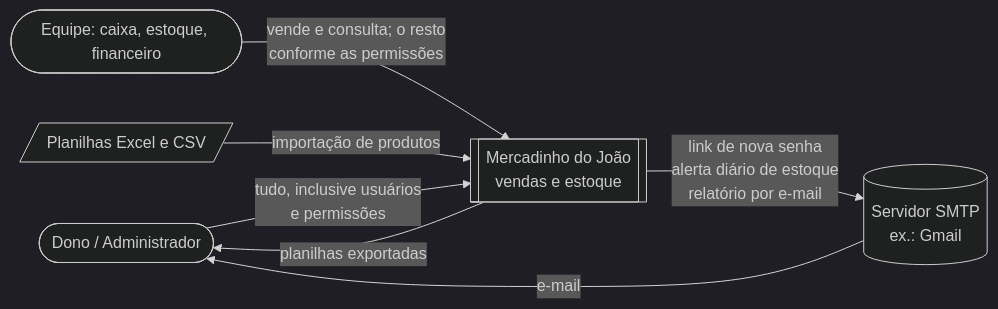
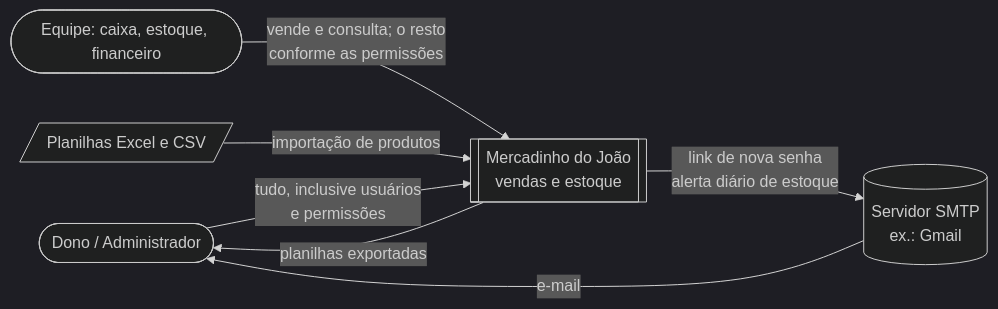
The first of 4 diagrams in docs/manter/arquitetura.md (Di20232/mercadinho-seu-joao-redesign), drawn with Mermaid (dark theme) before and after one commit. The commit also changed 22 other files, not shown here.

First line of the commit message:
feat!: remove o envio de relatório por e-mail

````diff
--- a/docs/manter/arquitetura.md
+++ b/docs/manter/arquitetura.md
@@ -18,15 +18,15 @@
 ```mermaid
 flowchart LR
     dono([Dono / Administrador])
     equipe([Equipe: caixa, estoque, financeiro])
     sistema[[Mercadinho do João<br/>vendas e estoque]]
     smtp[(Servidor SMTP<br/>ex.: Gmail)]
     planilha[/Planilhas Excel e CSV/]
 
     dono -- "tudo, inclusive usuários<br/>e permissões" --> sistema
     equipe -- "vende e consulta; o resto<br/>conforme as permissões" --> sistema
     planilha -- "importação de produtos" --> sistema
     sistema -- "planilhas exportadas" --> dono
-    sistema -- "link de nova senha<br/>alerta diário de estoque<br/>relatório por e-mail" --> smtp
+    sistema -- "link de nova senha<br/>alerta diário de estoque" --> smtp
     smtp -- "e-mail" --> dono
 ```
````
